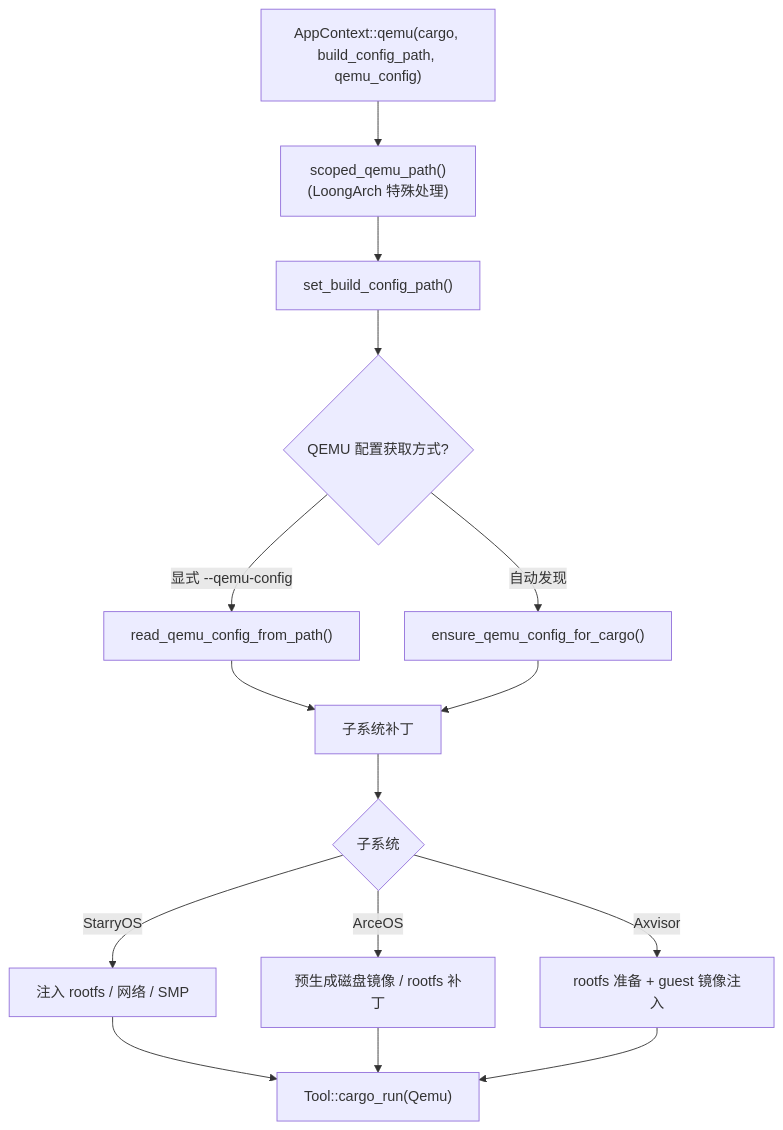
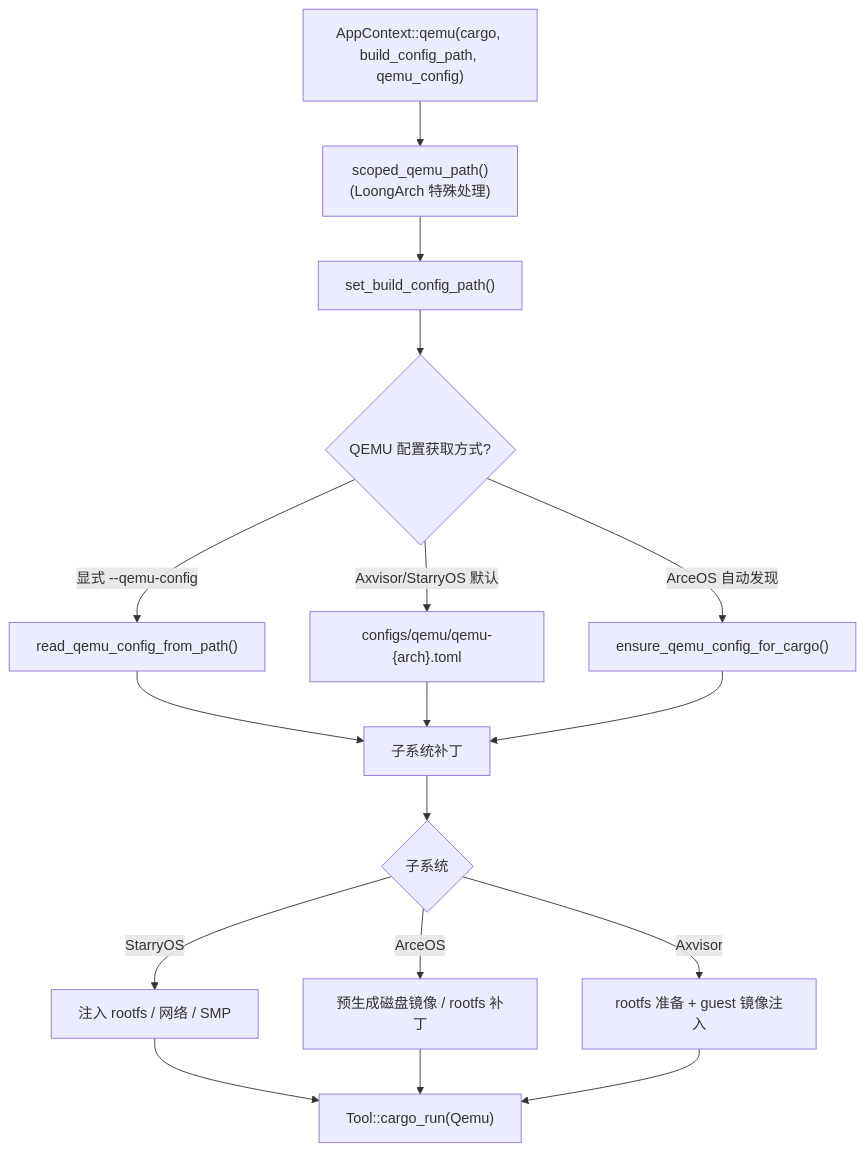
One commit to rcore-os/tgoskits changed the first of 6 diagrams in docs/docs/build/run.md. Above: the diagram before and after it, drawn with Mermaid. The commit also changed other lines of this file and 1 other file, not shown here.

Commit message:
Enhance configuration documentation for axbuild and QEMU setup details

````diff
--- a/docs/docs/build/run.md
+++ b/docs/docs/build/run.md
@@ -34,17 +34,19 @@
 ```mermaid
 flowchart TD
     A["AppContext::qemu(cargo, build_config_path, qemu_config)"] --> B["scoped_qemu_path()<br/>(LoongArch 特殊处理)"]
     B --> C["set_build_config_path()"]
     C --> D{QEMU 配置获取方式?}
     D -->|显式 --qemu-config| E["read_qemu_config_from_path()"]
-    D -->|自动发现| F["ensure_qemu_config_for_cargo()"]
+    D -->|Axvisor/StarryOS 默认| F1["configs/qemu/qemu-{arch}.toml"]
+    D -->|ArceOS 自动发现| F2["ensure_qemu_config_for_cargo()"]
     E --> G[子系统补丁]
-    F --> G
+    F1 --> G
+    F2 --> G
     G --> H{子系统}
     H -->|StarryOS| I["注入 rootfs / 网络 / SMP"]
     H -->|ArceOS| J["预生成磁盘镜像 / rootfs 补丁"]
     H -->|Axvisor| K["rootfs 准备 + guest 镜像注入"]
     I --> L["Tool::cargo_run(Qemu)"]
     J --> L
     K --> L
 ```
````
